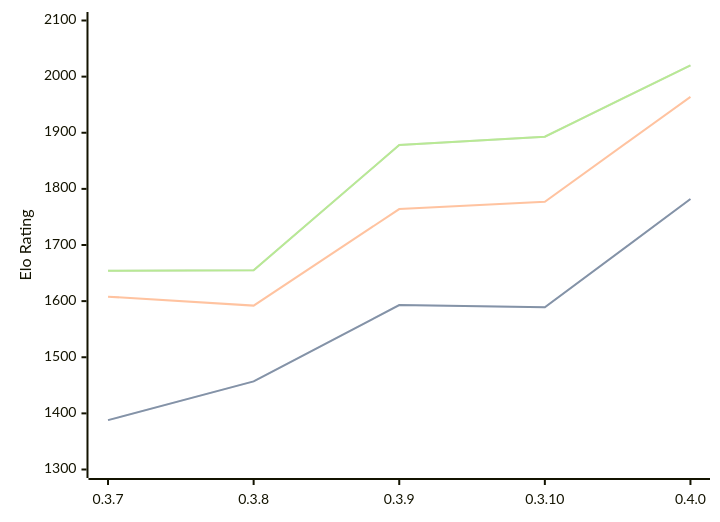
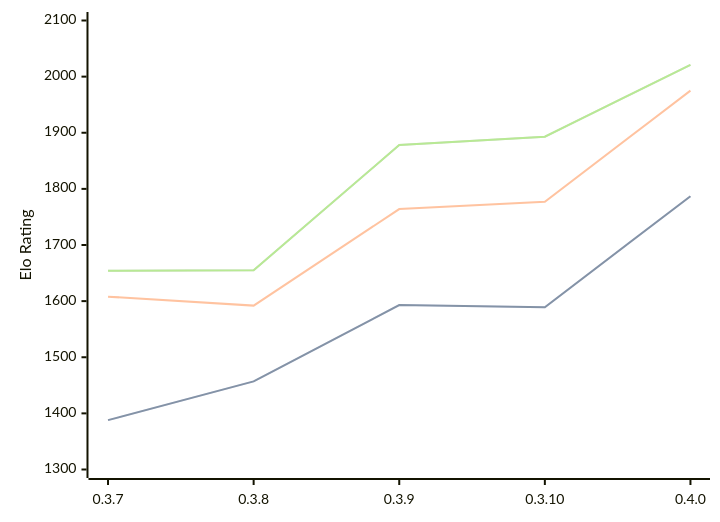
One commit to computer-chess-index/cci changed the diagram in engines/Arche.md. Above: the diagram before and after it, drawn with Mermaid. The commit also changed other lines of this file, not shown here.

Commit message:
Update CCI Ratings (ELO VLTC) - 2026-09-01

````diff
--- a/engines/Arche.md
+++ b/engines/Arche.md
@@ -35,11 +35,11 @@
 ```mermaid
 %%{init: {"theme":"base","themeVariables":{"seriesColors:['#a3a3a3','#222221','#faa371']}}}%%
 xychart-beta
   x-axis ["0.3.7", "0.3.8", "0.3.9", "0.3.10", "0.4.0"]
   y-axis "Elo Rating" 1300 --> 2100
-  line "" [1388, 1457, 1593, 1589, 1782]
-  line "STC (8.0+0.08s)" [1388, 1457, 1593, 1589, 1782]
-  line "LTC (60.0+0.60s)" [1608, 1592, 1764, 1777, 1964]
-  line "" [1654, 1655, 1878, 1893, 2020]
-  line "VLTC (2m24s+1.12s)" [1654, 1655, 1878, 1893, 2020]
+  line "" [1388, 1457, 1593, 1589, 1787]
+  line "STC (8.0+0.08s)" [1388, 1457, 1593, 1589, 1787]
+  line "LTC (60.0+0.60s)" [1608, 1592, 1764, 1777, 1975]
+  line "" [1654, 1655, 1878, 1893, 2021]
+  line "VLTC (2m24s+1.12s)" [1654, 1655, 1878, 1893, 2021]
 ```
````
